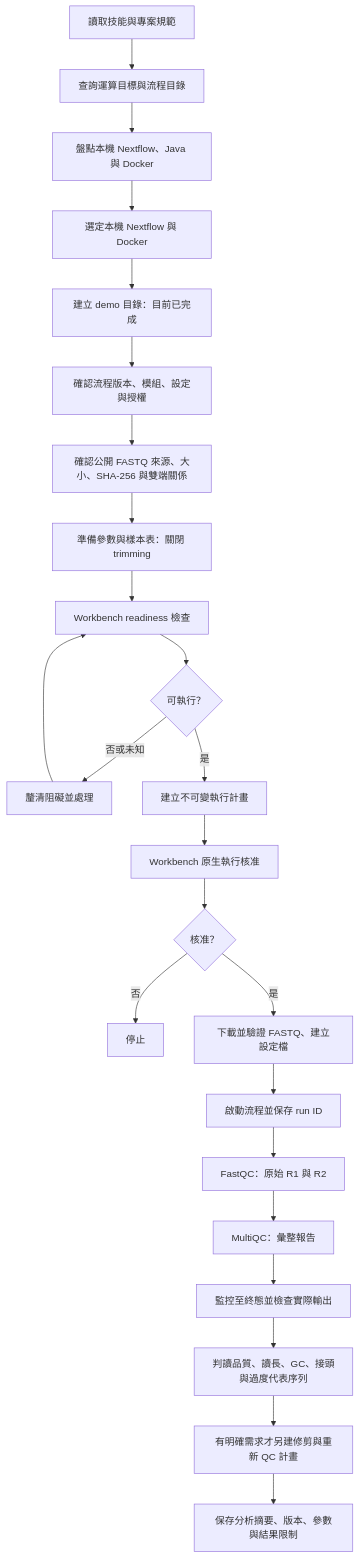
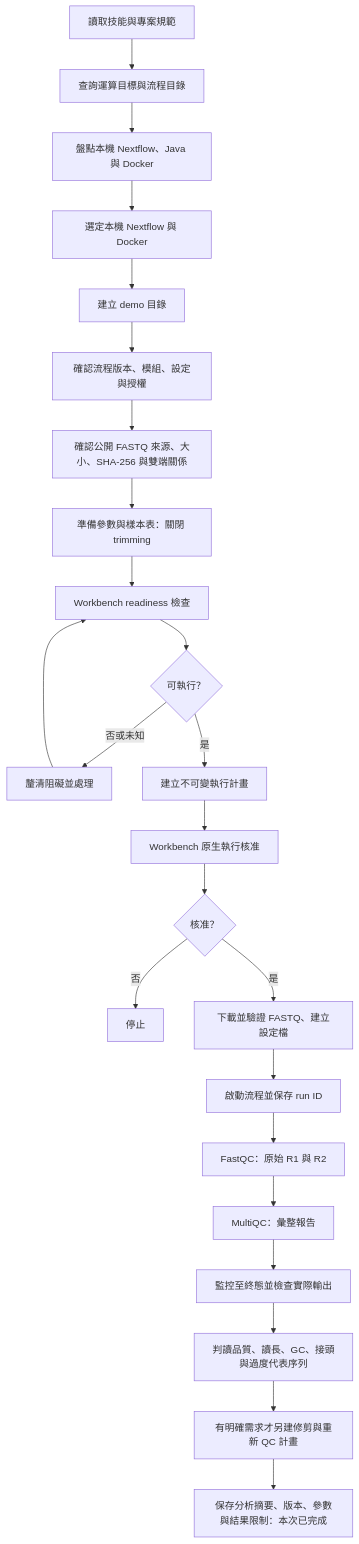
The diagram in demos/ngs-workbench-qc/README.md (godkin1211/ClinicalBioinfoCourse), drawn with Mermaid before and after one commit. The commit also changed other lines of this file and 11 other files, not shown here.

````diff
--- a/demos/ngs-workbench-qc/README.md
+++ b/demos/ngs-workbench-qc/README.md
@@ -15,26 +17,26 @@
 ```mermaid
 flowchart TD
     A[讀取技能與專案規範] --> B[查詢運算目標與流程目錄]
     B --> C[盤點本機 Nextflow、Java 與 Docker]
     C --> D[選定本機 Nextflow 與 Docker]
-    D --> E[建立 demo 目錄：目前已完成]
+    D --> E[建立 demo 目錄]
     E --> F[確認流程版本、模組、設定與授權]
     F --> G[確認公開 FASTQ 來源、大小、SHA-256 與雙端關係]
     G --> H[準備參數與樣本表：關閉 trimming]
     H --> I[Workbench readiness 檢查]
     I --> J{可執行？}
     J -- 否或未知 --> K[釐清阻礙並處理]
     K --> I
     J -- 是 --> L[建立不可變執行計畫]
     L --> M[Workbench 原生執行核准]
     M --> N{核准？}
     N -- 否 --> O[停止]
     N -- 是 --> P[下載並驗證 FASTQ、建立設定檔]
     P --> Q[啟動流程並保存 run ID]
     Q --> R[FastQC：原始 R1 與 R2]
     R --> S[MultiQC：彙整報告]
     S --> T[監控至終態並檢查實際輸出]
     T --> U[判讀品質、讀長、GC、接頭與過度代表序列]
     U --> V[有明確需求才另建修剪與重新 QC 計畫]
-    V --> W[保存分析摘要、版本、參數與結果限制]
+    V --> W[保存分析摘要、版本、參數與結果限制：本次已完成]
 ```
````
